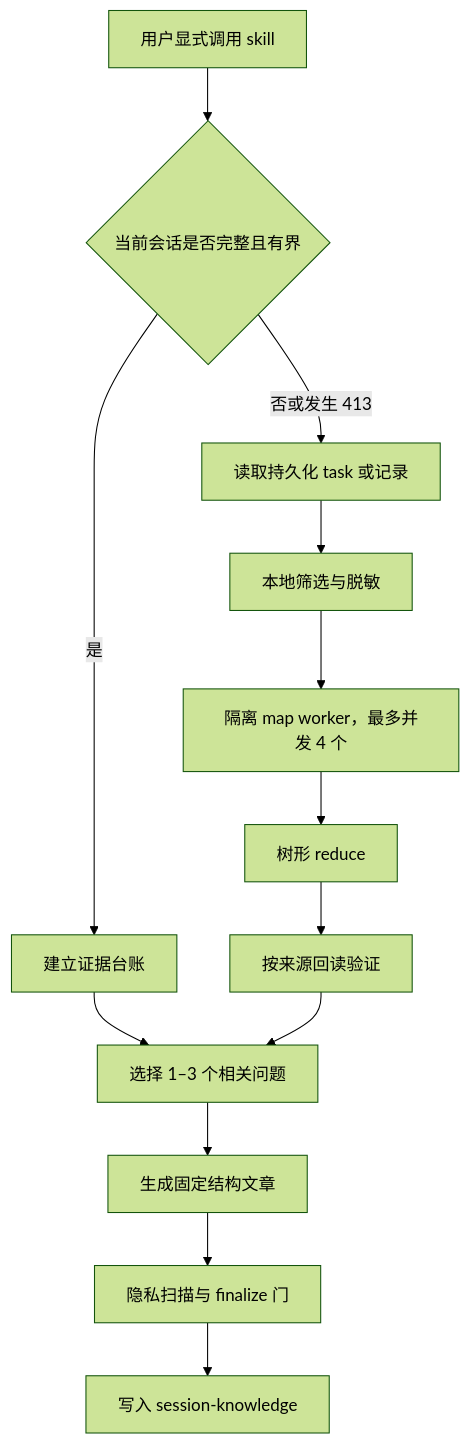
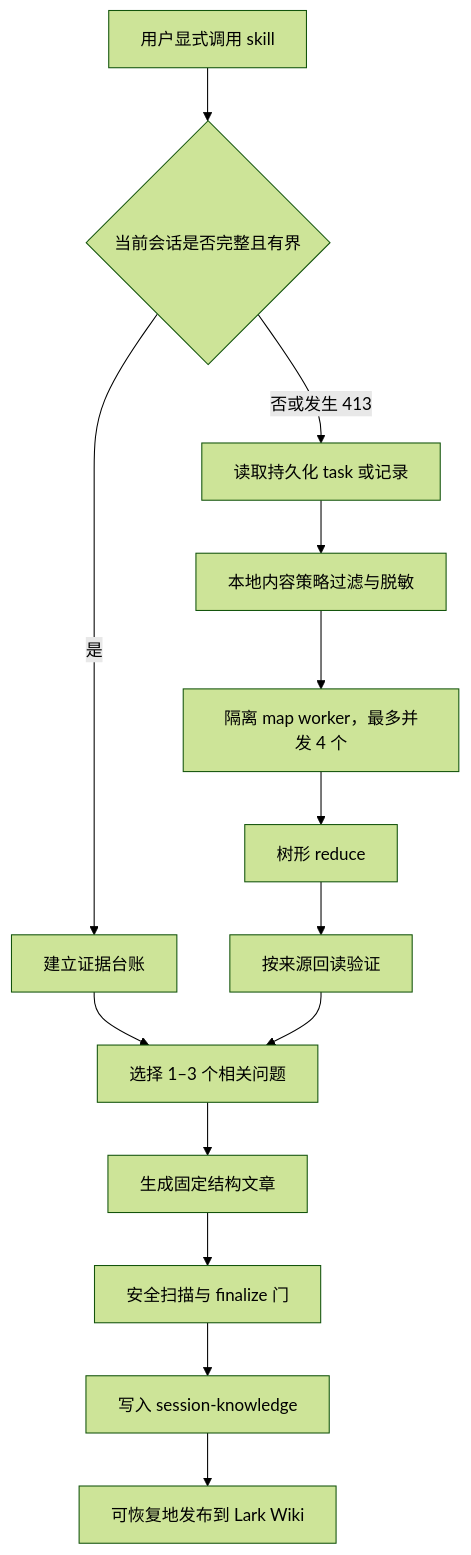
One commit to tranfu-labs/tranfu-skills changed the diagram in own-skills/session-to-knowledge/README.md. Above: the diagram before and after it, drawn with Mermaid (forest theme). The commit also changed other lines of this file and 9 other files, not shown here.

````diff
--- a/own-skills/session-to-knowledge/README.md
+++ b/own-skills/session-to-knowledge/README.md
@@ -167,15 +182,16 @@
 ```mermaid
 flowchart TD
     A["用户显式调用 skill"] --> B{"当前会话是否完整且有界"}
     B -->|是| C["建立证据台账"]
     B -->|否或发生 413| D["读取持久化 task 或记录"]
-    D --> E["本地筛选与脱敏"]
+    D --> E["本地内容策略过滤与脱敏"]
     E --> F["隔离 map worker，最多并发 4 个"]
     F --> G["树形 reduce"]
     G --> H["按来源回读验证"]
     C --> I["选择 1–3 个相关问题"]
     H --> I
     I --> J["生成固定结构文章"]
-    J --> K["隐私扫描与 finalize 门"]
+    J --> K["安全扫描与 finalize 门"]
     K --> L["写入 session-knowledge"]
+    L --> M["可恢复地发布到 Lark Wiki"]
 ```
````
